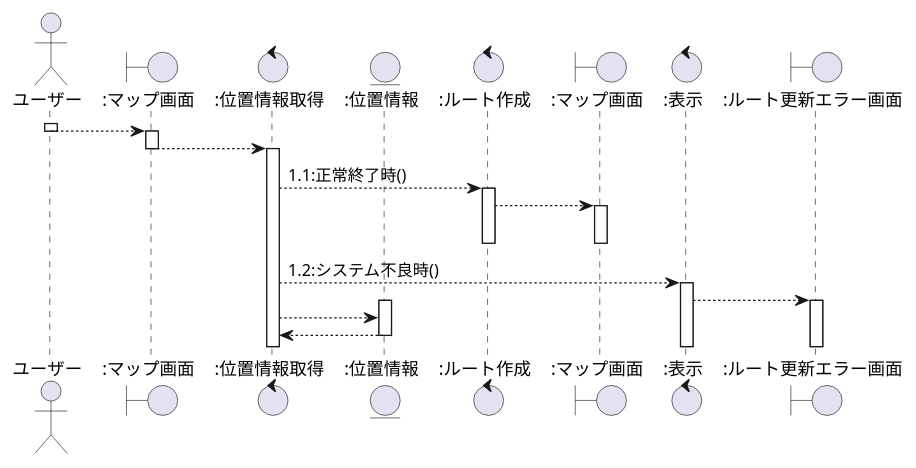
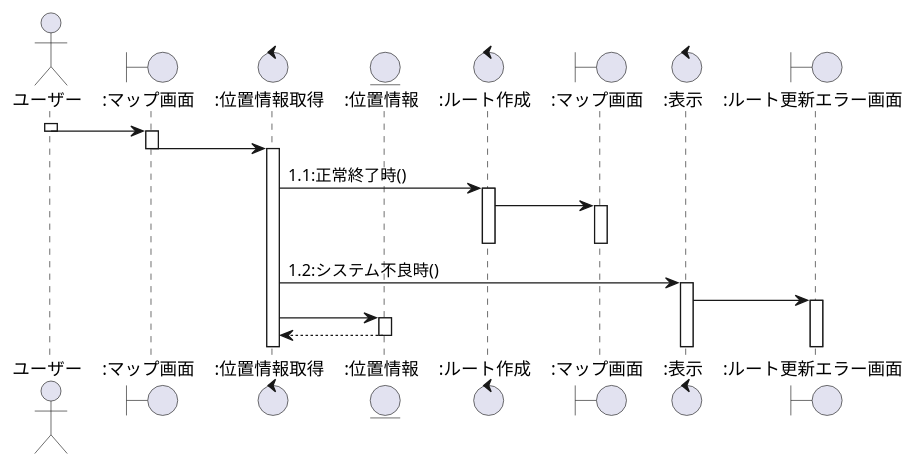
The fifth of 6 diagrams in user2_sequence.plantuml (ksw2270227/GroupF), drawn with PlantUML before and after one commit. The commit also changed other lines of this file and 1 other file, not shown here.

```diff
--- a/user2_sequence.plantuml
+++ b/user2_sequence.plantuml
@@ -106,32 +106,32 @@
 @startuml ルート表示シーケンス図
 actor ユーザー as 0
 boundary ":マップ画面" as a
 control ":位置情報取得" as b
 entity ":位置情報" as c
 control ":ルート作成" as d
 boundary ":マップ画面" as e
 control ":表示" as f
 boundary ":ルート更新エラー画面" as g
 
 activate 0
-    0 --> a
+    0 -> a
     deactivate 0
     activate a
-    a --> b
+    a -> b
     deactivate a
     activate b
-    b --> d:1.1:正常終了時()
+    b -> d:1.1:正常終了時()
     activate d
-    d --> e
+    d -> e
     activate e
     deactivate e
     deactivate d
-    b --> f:1.2:システム不良時()
+    b -> f:1.2:システム不良時()
     activate f
-    f --> g
+    f -> g
     activate g
+    b -> c
     activate c
-    b --> c
     c --> b
     deactivate c 
 @enduml
```
